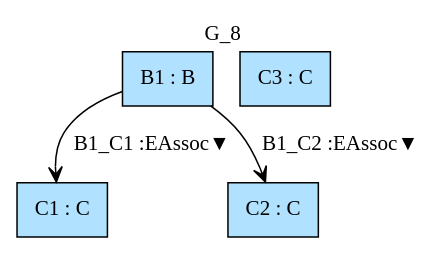
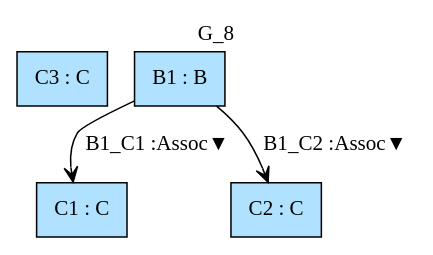
The diagram in Haskell/FragmentaTests/SGTyTests/img/G_8.gv (namalio/Fragmenta), drawn with Graphviz before and after one commit. The commit also changed 70 other files, not shown here.

```diff
--- a/Haskell/FragmentaTests/SGTyTests/img/G_8.gv
+++ b/Haskell/FragmentaTests/SGTyTests/img/G_8.gv
@@ -1,9 +1,9 @@
 digraph {graph[label=G_8,labelloc=tl,labelfontsize=12];
+"C3"[shape=box,fillcolor=lightskyblue1,style = filled,label="C3 : C"];
+"C1"[shape=box,fillcolor=lightskyblue1,style = filled,label="C1 : C"];
 "B1"[shape=box,fillcolor=lightskyblue1,style = filled,label="B1 : B"];
-"C1"[shape=box,fillcolor=lightskyblue1,style = filled,label="C1 : C"];
 "C2"[shape=box,fillcolor=lightskyblue1,style = filled,label="C2 : C"];
-"C3"[shape=box,fillcolor=lightskyblue1,style = filled,label="C3 : C"];
 
-"B1"->"C1"[label="B1_C1 :EAssoc▼",arrowhead=vee];
-"B1"->"C2"[label="B1_C2 :EAssoc▼",arrowhead=vee];
+"B1"->"C1"[label="B1_C1 :Assoc▼",arrowhead=vee];
+"B1"->"C2"[label="B1_C2 :Assoc▼",arrowhead=vee];
 }
```
